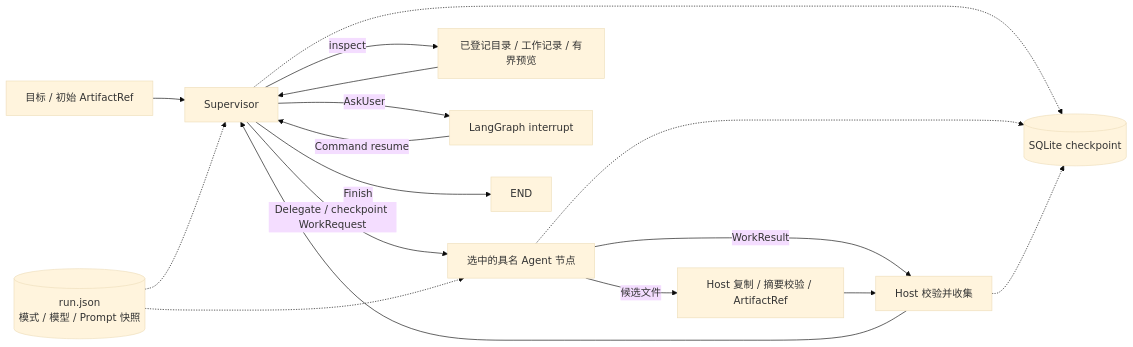
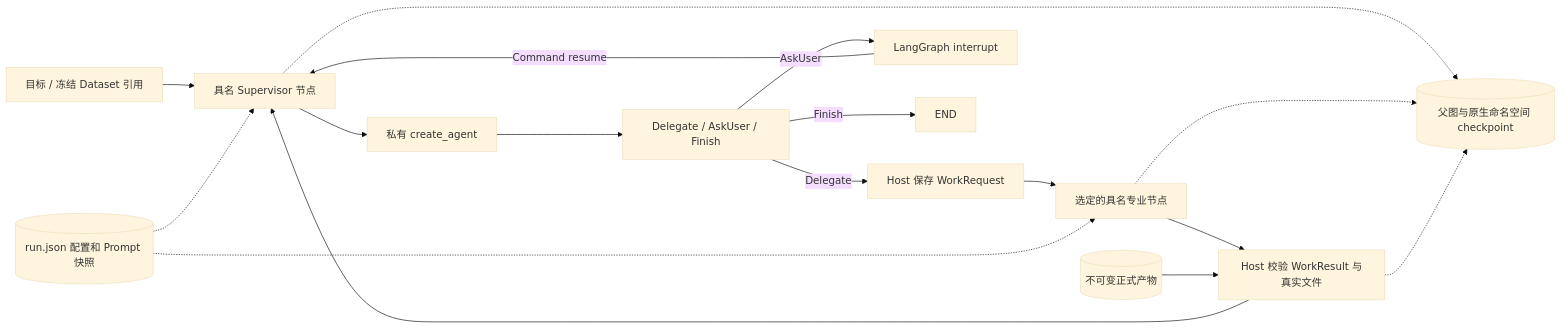
One commit to fly233338/MedBenchAgent changed the second of 3 diagrams in docs/ARCHITECTURE.md. Above: the diagram before and after it, drawn with Mermaid (base theme). The commit also changed other lines of this file and 31 other files, not shown here.

````diff
--- a/docs/ARCHITECTURE.md
+++ b/docs/ARCHITECTURE.md
@@ -64,19 +52,19 @@
 ```mermaid
 flowchart LR
-    Input[目标 / 初始 ArtifactRef] --> S[Supervisor]
-    S -->|Delegate / checkpoint WorkRequest| A[选中的具名 Agent 节点]
-    A -->|WorkResult| Collect[Host 校验并收集]
-    Collect --> S
-    S -->|inspect| Read[已登记目录 / 工作记录 / 有界预览]
-    Read --> S
-    S -->|AskUser| Pause[LangGraph interrupt]
-    Pause -->|Command resume| S
-    S -->|Finish| End[END]
-    A -->|候选文件| Files[Host 复制 / 摘要校验 / ArtifactRef]
-    Files --> Collect
-    S -.-> Checkpoint[(SQLite checkpoint)]
-    A -.-> Checkpoint
-    Collect -.-> Checkpoint
-    Frozen[(run.json<br/>模式 / 模型 / Prompt 快照)] -.-> S
-    Frozen -.-> A
+    Input[目标 / 冻结 Dataset 引用] --> Supervisor[具名 Supervisor 节点]
+    Supervisor --> SLoop[私有 create_agent]
+    SLoop --> Decision[Delegate / AskUser / Finish]
+    Decision -->|Delegate| Request[Host 保存 WorkRequest]
+    Request --> Agent[选定的具名专业节点]
+    Agent --> Result[Host 校验 WorkResult 与真实文件]
+    Result --> Supervisor
+    Decision -->|AskUser| Pause[LangGraph interrupt]
+    Pause -->|Command resume| Supervisor
+    Decision -->|Finish| End[END]
+    Supervisor -.-> CP[(父图与原生命名空间 checkpoint)]
+    Agent -.-> CP
+    Result -.-> CP
+    Frozen[(run.json 配置和 Prompt 快照)] -.-> Supervisor
+    Frozen -.-> Agent
+    Files[(不可变正式产物)] --> Result
 ```
````
